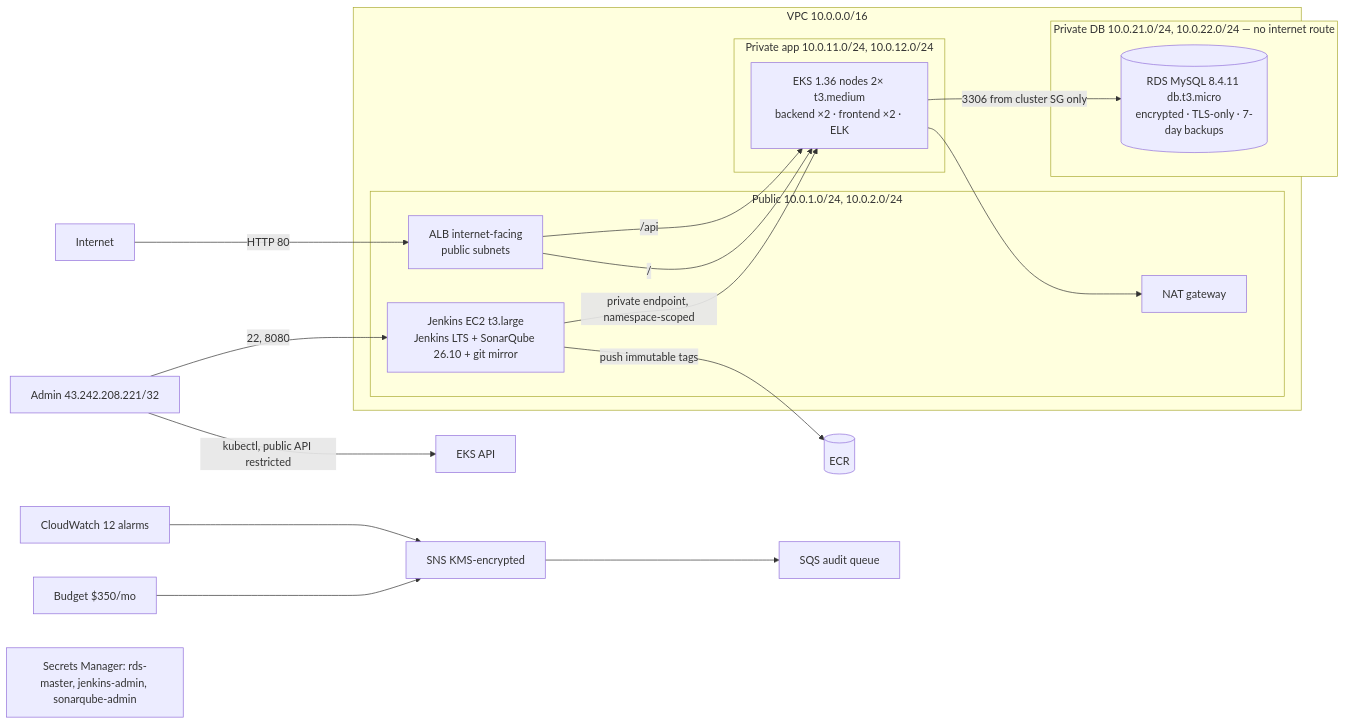
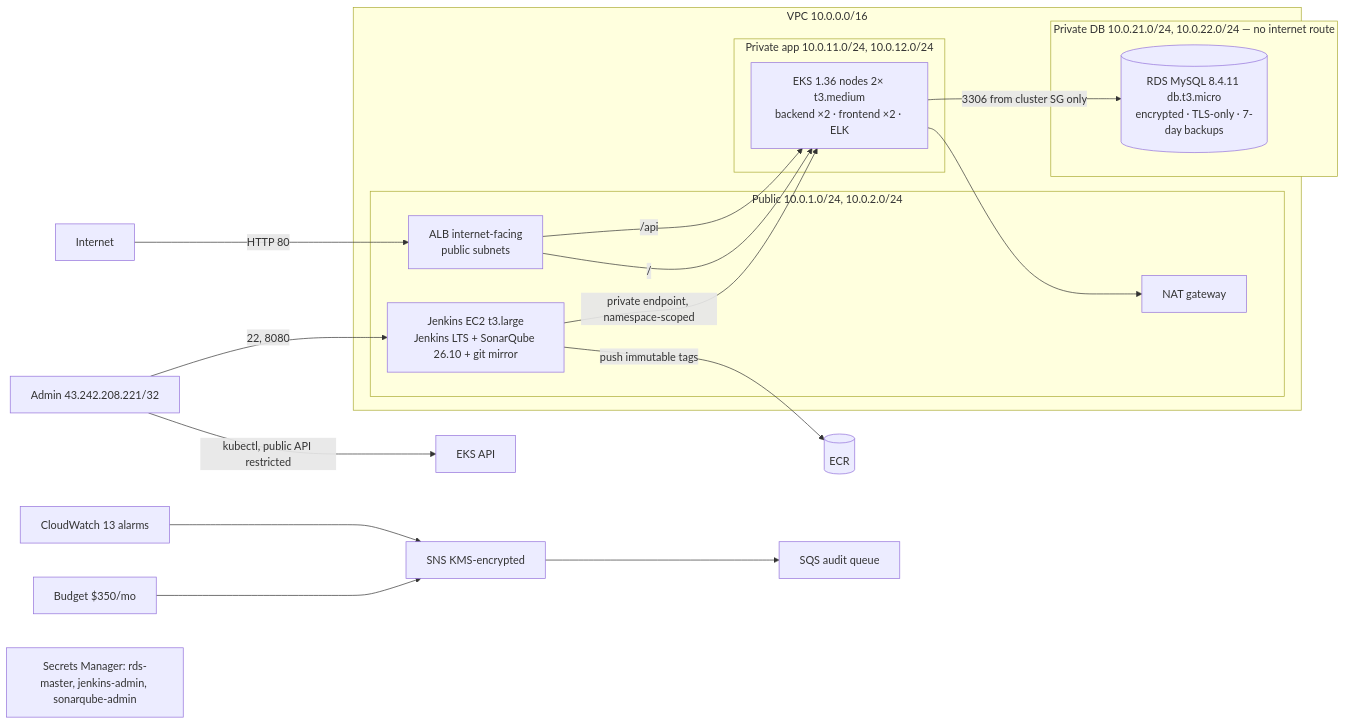
One commit to SamruddhiDoke/DevOps-Project changed the diagram in docs/AWS_DEPLOYMENT.md. Above: the diagram before and after it, drawn with Mermaid. The commit also changed other lines of this file and 2 other files, not shown here.

````diff
--- a/docs/AWS_DEPLOYMENT.md
+++ b/docs/AWS_DEPLOYMENT.md
@@ -18,28 +18,28 @@
 ```mermaid
 flowchart LR
     you[Admin 43.242.208.221/32] -->|22, 8080| jenkins
     you -->|kubectl, public API restricted| eksapi[EKS API]
     user[Internet] -->|HTTP 80| alb[ALB internet-facing<br/>public subnets]
     subgraph vpc[VPC 10.0.0.0/16]
       subgraph pub[Public 10.0.1.0/24, 10.0.2.0/24]
         alb
         nat[NAT gateway]
         jenkins[Jenkins EC2 t3.large<br/>Jenkins LTS + SonarQube 26.10 + git mirror]
       end
       subgraph app[Private app 10.0.11.0/24, 10.0.12.0/24]
         nodes[EKS 1.36 nodes 2× t3.medium<br/>backend ×2 · frontend ×2 · ELK]
       end
       subgraph db[Private DB 10.0.21.0/24, 10.0.22.0/24 — no internet route]
         rds[(RDS MySQL 8.4.11 db.t3.micro<br/>encrypted · TLS-only · 7-day backups)]
       end
     end
     alb -->|/api| nodes
     alb -->|/| nodes
     nodes -->|3306 from cluster SG only| rds
     jenkins -->|private endpoint, namespace-scoped| nodes
     jenkins -->|push immutable tags| ecr[(ECR)]
     nodes --> nat
-    cw[CloudWatch 12 alarms] --> sns[SNS KMS-encrypted] --> sqs[SQS audit queue]
+    cw[CloudWatch 13 alarms] --> sns[SNS KMS-encrypted] --> sqs[SQS audit queue]
     budget[Budget $350/mo] --> sns
     sm[Secrets Manager: rds-master, jenkins-admin, sonarqube-admin]
 ```
````
